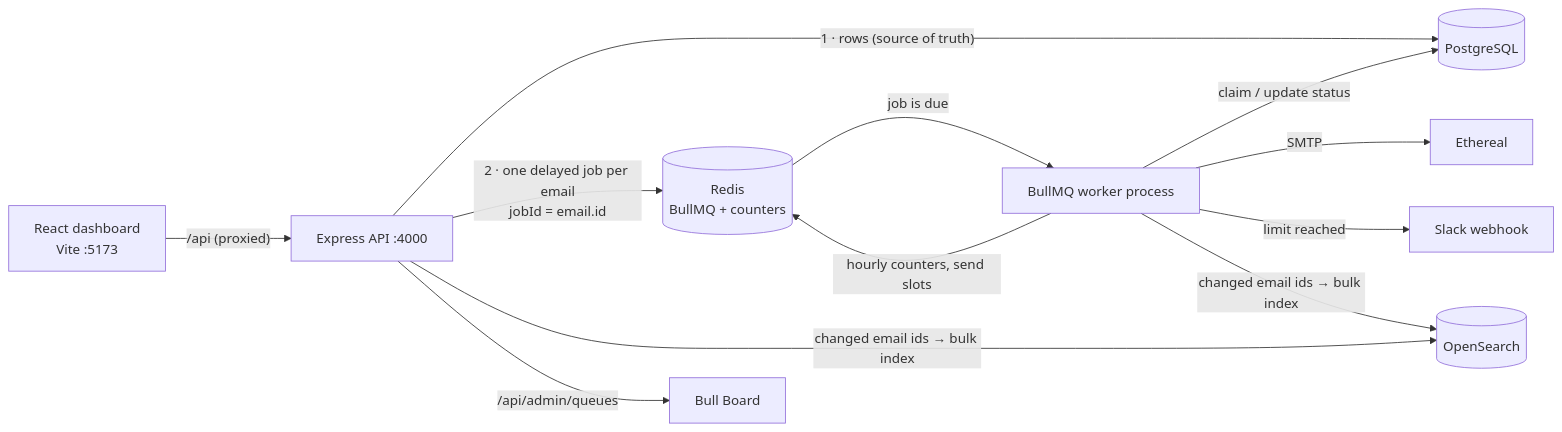
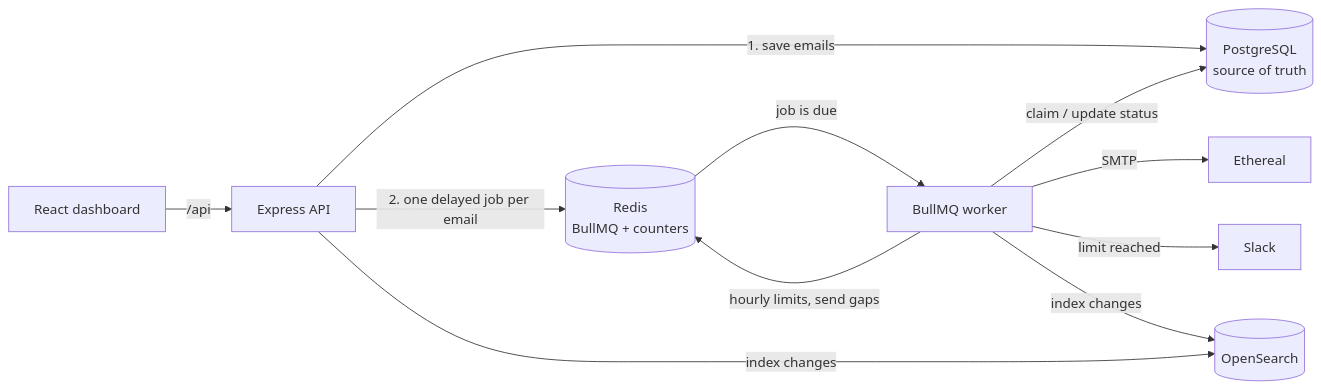
Before and after one commit to navneetsingh34/MailPilot: the first of 2 diagrams in README.md, drawn with Mermaid. The commit also changed other lines of this file, not shown here.

````diff
--- a/README.md
+++ b/README.md
@@ -138,13 +158,12 @@
 ```mermaid
 flowchart LR
-    UI[React dashboard<br/>Vite :5173] -- "/api (proxied)" --> API[Express API :4000]
-    API -- "1 · rows (source of truth)" --> PG[(PostgreSQL)]
-    API -- "2 · one delayed job per email<br/>jobId = email.id" --> RQ[(Redis<br/>BullMQ + counters)]
-    W[BullMQ worker process] -- "claim / update status" --> PG
-    RQ -- "job is due" --> W
-    W -- "hourly counters, send slots" --> RQ
+    UI[React dashboard] -- "/api" --> API[Express API]
+    API -- "1. save emails" --> PG[(PostgreSQL<br/>source of truth)]
+    API -- "2. one delayed job per email" --> RQ[(Redis<br/>BullMQ + counters)]
+    RQ -- "job is due" --> W[BullMQ worker]
+    W -- "claim / update status" --> PG
+    W -- "hourly limits, send gaps" --> RQ
     W -- SMTP --> ETH[Ethereal]
-    W -- "limit reached" --> SL[Slack webhook]
-    API & W -- "changed email ids → bulk index" --> OS[(OpenSearch)]
-    API -- "/api/admin/queues" --> BB[Bull Board]
+    W -- "limit reached" --> SL[Slack]
+    API & W -- "index changes" --> OS[(OpenSearch)]
 ```
````
